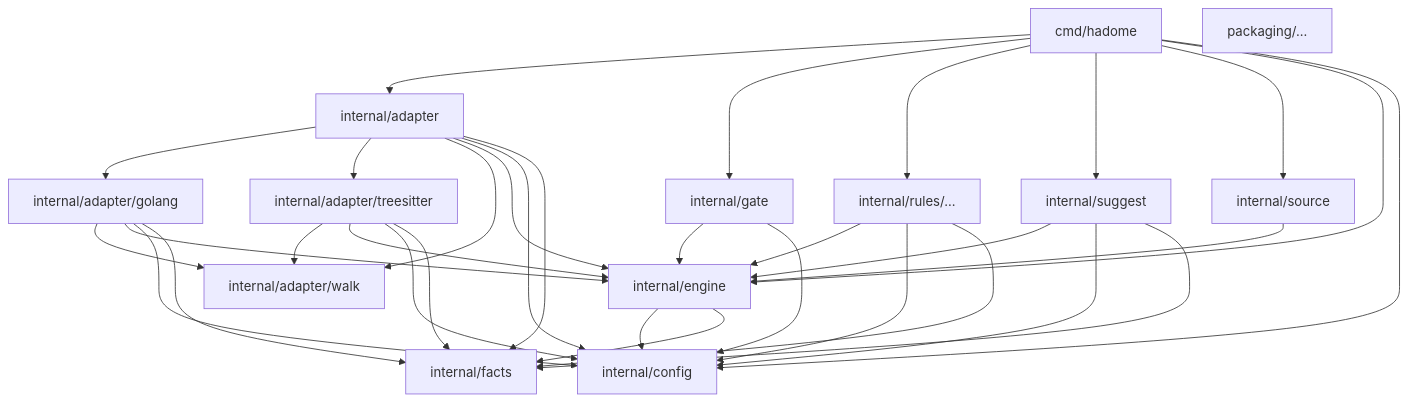
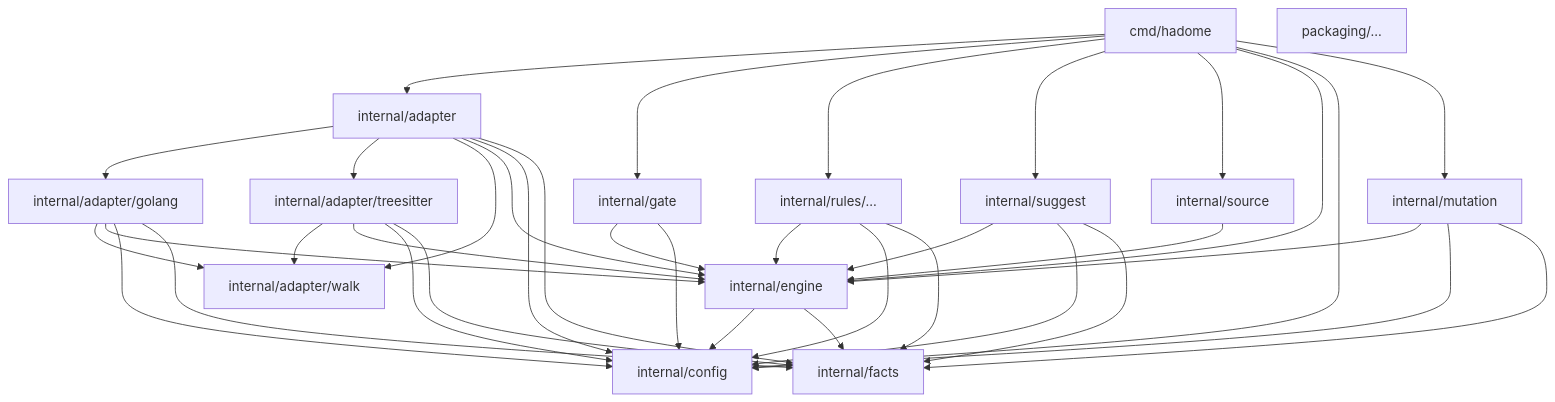
One commit to rerorets/hadome changed the diagram in docs/design/dependencies.ja.md. Above: the diagram before and after it, drawn with Mermaid. The commit also changed 24 other files, not shown here.

````diff
--- a/docs/design/dependencies.ja.md
+++ b/docs/design/dependencies.ja.md
@@ -5,14 +5,16 @@
 ```mermaid
 flowchart TB
   cmd["cmd/hadome"] --> adapter["internal/adapter"] & gate["internal/gate"] & rules["internal/rules/..."]
   cmd --> suggest["internal/suggest"] & source["internal/source"] & engine["internal/engine"] & config["internal/config"]
+  cmd --> mutation["internal/mutation"]
   adapter --> golang["internal/adapter/golang"] & treesitter["internal/adapter/treesitter"]
   adapter & golang & treesitter --> walk["internal/adapter/walk"]
   adapter & golang & treesitter --> engine & config & facts["internal/facts"]
   engine --> config & facts
   gate --> engine & config
   rules --> engine & config & facts
   suggest --> engine & config & facts
   source --> engine
+  mutation --> engine & config & facts
   packaging["packaging/..."]
 ```
````
